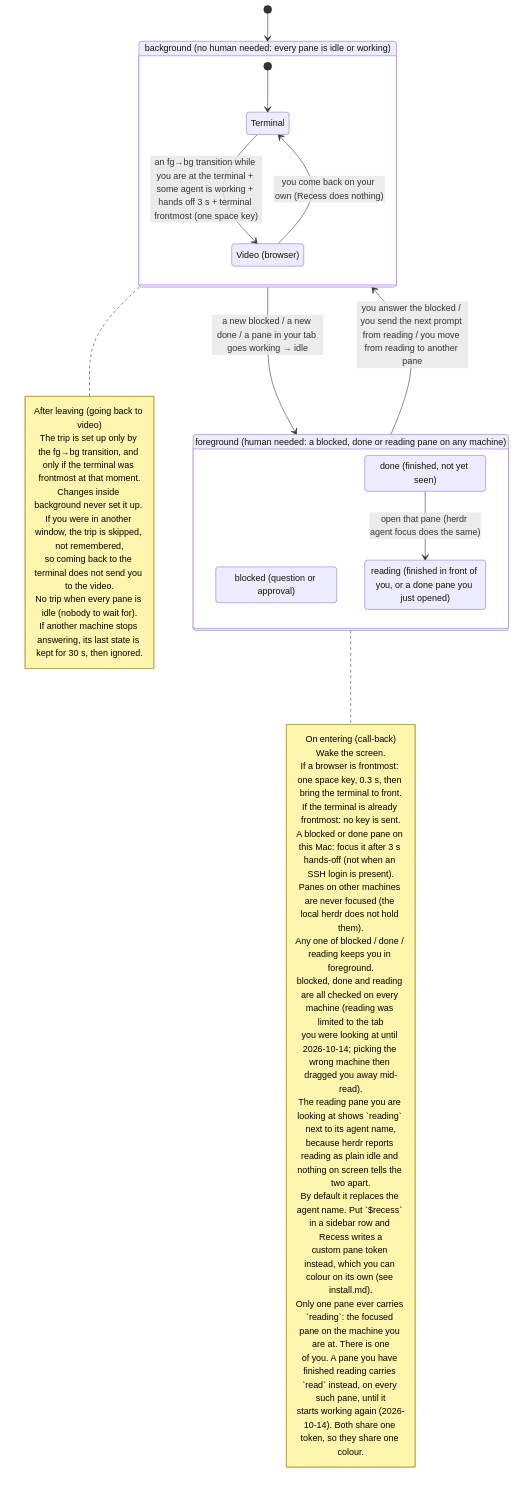
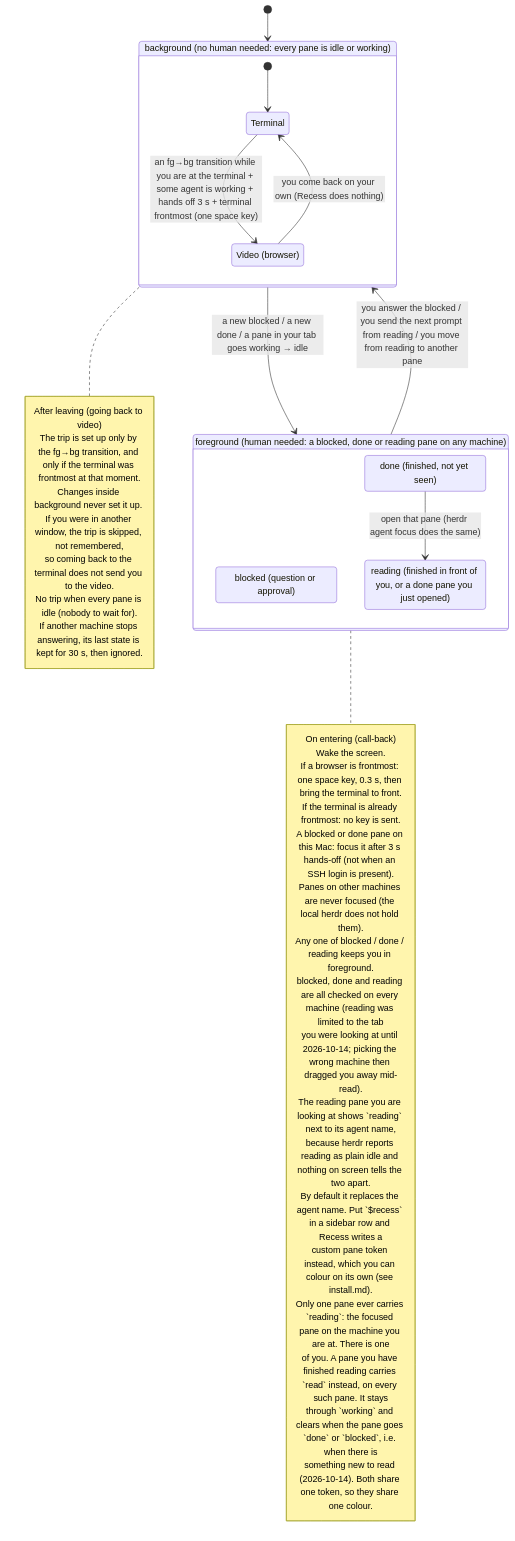
Before and after one commit to tatsuro-ueda/recess: the first of 2 diagrams in docs/spec.md, drawn with Mermaid. The commit also changed other lines of this file and 3 other files, not shown here.

````diff
--- a/docs/spec.md
+++ b/docs/spec.md
@@ -11,51 +11,52 @@
 ```mermaid
 stateDiagram-v2
     direction TB
 
     state "background (no human needed: every pane is idle or working)" as bg {
         state "Terminal" as term
         state "Video (browser)" as nf
         [*] --> term
         term --> nf : an fg→bg transition while you are at the terminal + some agent is working + hands off 3 s + terminal frontmost (one space key)
         nf --> term : you come back on your own (Recess does nothing)
     }
 
     state "foreground (human needed: a blocked, done or reading pane on any machine)" as fg {
         state "blocked (question or approval)" as blocked
         state "done (finished, not yet seen)" as done
         state "reading (finished in front of you, or a done pane you just opened)" as reading
         done --> reading : open that pane (herdr agent focus does the same)
     }
 
     [*] --> bg
     bg --> fg : a new blocked / a new done / a pane in your tab goes working → idle
     fg --> bg : you answer the blocked / you send the next prompt from reading / you move from reading to another pane
 
     note right of fg
         On entering (call-back)
         Wake the screen.
         If a browser is frontmost: one space key, 0.3 s, then bring the terminal to front.
         If the terminal is already frontmost: no key is sent.
         A blocked or done pane on this Mac: focus it after 3 s hands-off (not when an SSH login is present).
         Panes on other machines are never focused (the local herdr does not hold them).
         Any one of blocked / done / reading keeps you in foreground.
         blocked, done and reading are all checked on every machine (reading was limited to the tab
         you were looking at until 2026-10-14; picking the wrong machine then dragged you away mid-read).
         The reading pane you are looking at shows `reading` next to its agent name,
         because herdr reports reading as plain idle and nothing on screen tells the two apart.
         By default it replaces the agent name. Put `$recess` in a sidebar row and Recess writes a
         custom pane token instead, which you can colour on its own (see install.md).
         Only one pane ever carries `reading`: the focused pane on the machine you are at. There is one
-        of you. A pane you have finished reading carries `read` instead, on every such pane, until it
-        starts working again (2026-10-14). Both share one token, so they share one colour.
+        of you. A pane you have finished reading carries `read` instead, on every such pane. It stays
+        through `working` and clears when the pane goes `done` or `blocked`, i.e. when there is
+        something new to read (2026-10-14). Both share one token, so they share one colour.
     end note
 
     note right of bg
         After leaving (going back to video)
         The trip is set up only by the fg→bg transition, and only if the terminal was frontmost at that moment.
         Changes inside background never set it up. If you were in another window, the trip is skipped, not remembered,
         so coming back to the terminal does not send you to the video.
         No trip when every pane is idle (nobody to wait for).
         If another machine stops answering, its last state is kept for 30 s, then ignored.
     end note
 ```
````
